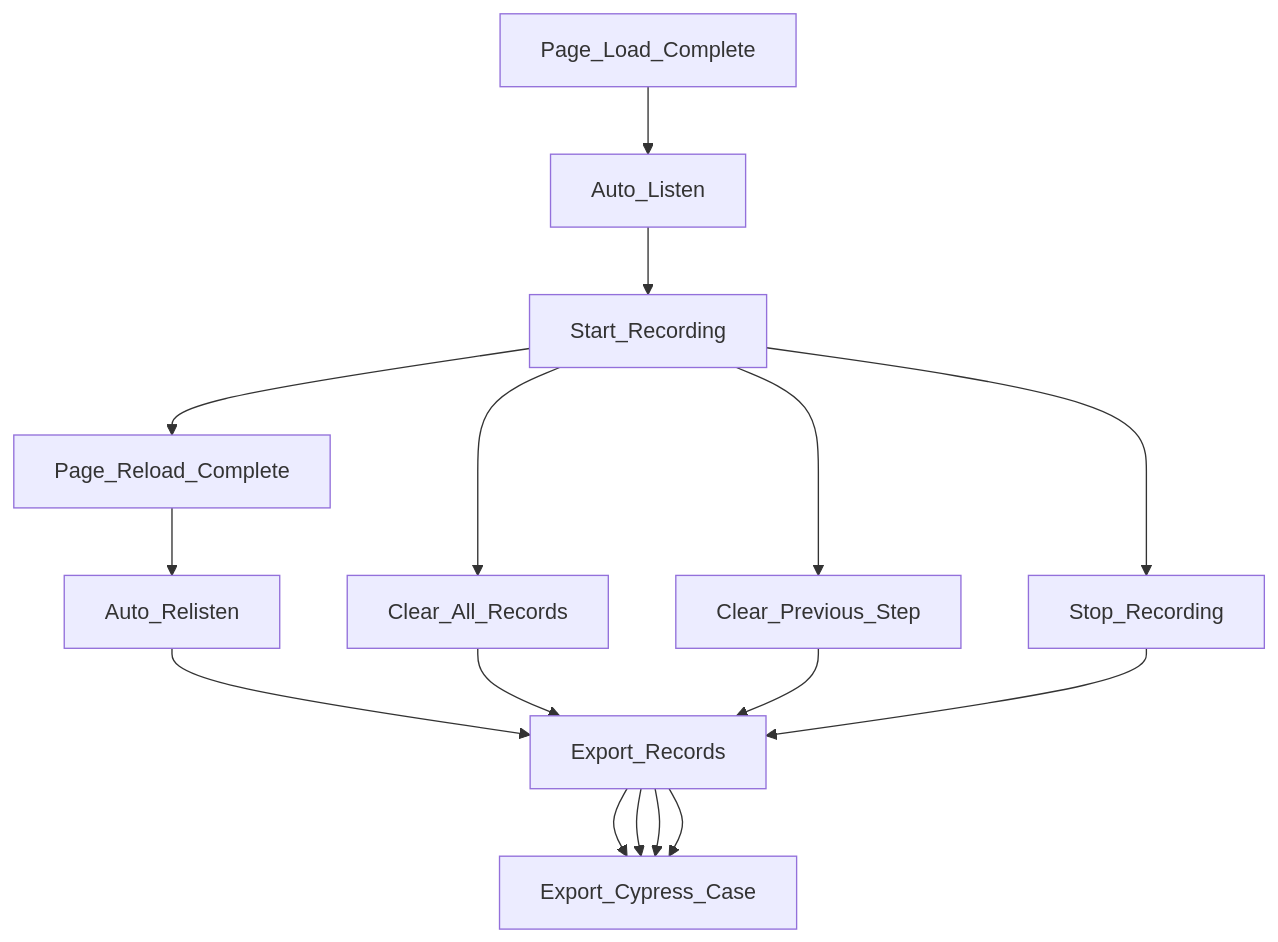
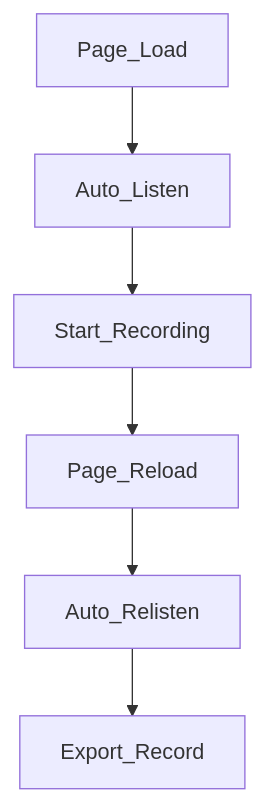
Before and after one commit to yixiangTW/action-catch: the first of 2 diagrams in readme.md, drawn with Mermaid. The commit also changed other lines of this file, not shown here.

````diff
--- a/readme.md
+++ b/readme.md
@@ -85,8 +86,4 @@
 ```mermaid
 graph TD;
-  Page_Load_Complete-->Auto_Listen-->Start_Recording-->Page_Reload_Complete-->Auto_Relisten-->Export_Records-->Export_Cypress_Case;
-  Start_Recording-->Clear_All_Records-->Export_Records-->Export_Cypress_Case
-  Start_Recording-->Clear_Previous_Step-->Export_Records-->Export_Cypress_Case
-  Start_Recording-->Stop_Recording-->Export_Records-->Export_Cypress_Case
-
+  Page_Load-->Auto_Listen-->Start_Recording-->Page_Reload-->Auto_Relisten-->Export_Record
 ```
````
